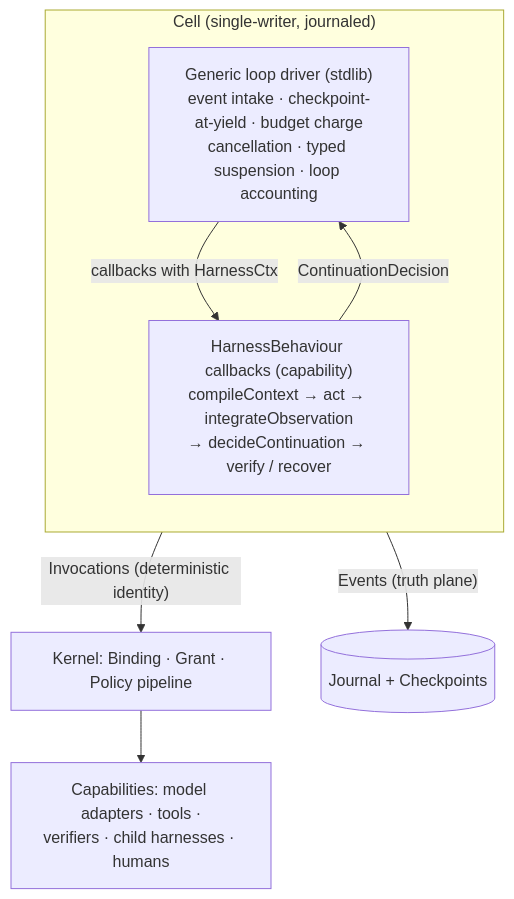
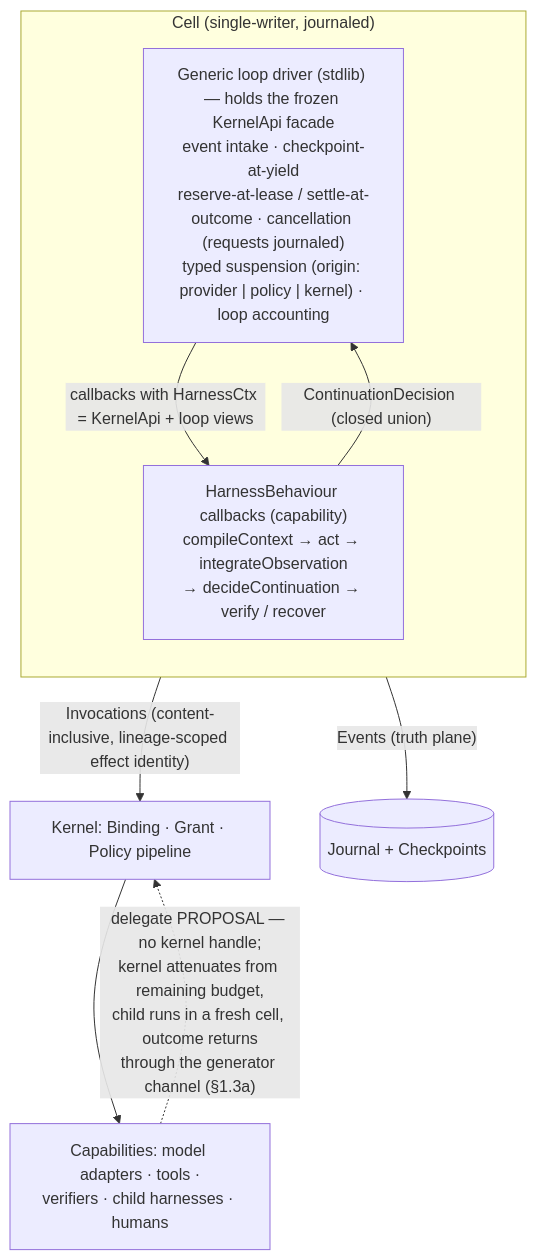
Before and after one commit to jeetu619/kyxo-runtime: the first of 2 diagrams in docs/10-HARNESS-AND-GRAPH-RUNTIME.md, drawn with Mermaid. The commit also changed other lines of this file and 7 other files, not shown here.

````diff
--- a/docs/10-HARNESS-AND-GRAPH-RUNTIME.md
+++ b/docs/10-HARNESS-AND-GRAPH-RUNTIME.md
@@ -213,13 +295,14 @@
 ```mermaid
 flowchart TB
   subgraph CELL["Cell (single-writer, journaled)"]
     direction TB
-    DRV["Generic loop driver (stdlib)\nevent intake · checkpoint-at-yield · budget charge\ncancellation · typed suspension · loop accounting"]
+    DRV["Generic loop driver (stdlib) — holds the frozen KernelApi facade\nevent intake · checkpoint-at-yield\nreserve-at-lease / settle-at-outcome · cancellation (requests journaled)\ntyped suspension (origin: provider | policy | kernel) · loop accounting"]
     HB["HarnessBehaviour callbacks (capability)\ncompileContext → act → integrateObservation\n→ decideContinuation → verify / recover"]
-    DRV -- "callbacks with HarnessCtx" --> HB
-    HB -- "ContinuationDecision" --> DRV
+    DRV -- "callbacks with HarnessCtx = KernelApi + loop views" --> HB
+    HB -- "ContinuationDecision (closed union)" --> DRV
   end
-  DRV -- "Invocations (deterministic identity)" --> K["Kernel: Binding · Grant · Policy pipeline"]
+  DRV -- "Invocations (content-inclusive, lineage-scoped effect identity)" --> K["Kernel: Binding · Grant · Policy pipeline"]
   DRV -- "Events (truth plane)" --> J[("Journal + Checkpoints")]
   K --> CAPS["Capabilities: model adapters · tools ·\nverifiers · child harnesses · humans"]
+  CAPS -. "delegate PROPOSAL — no kernel handle;\nkernel attenuates from remaining budget,\nchild runs in a fresh cell, outcome returns\nthrough the generator channel (§1.3a)" .-> K
 ```
````
